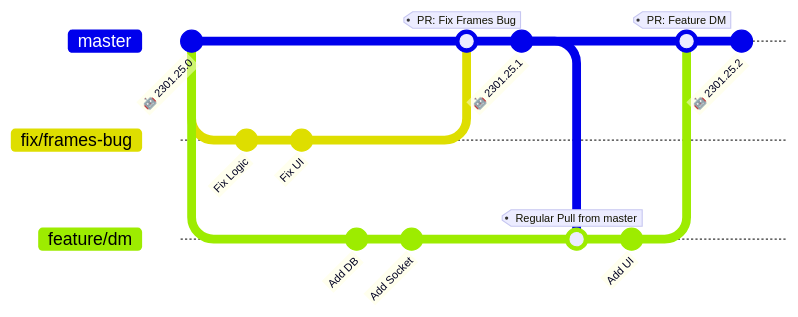
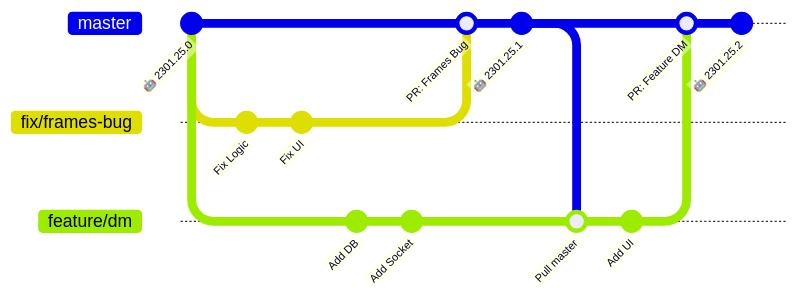
One commit to okmanideep/app-branching-strategy changed the first of 3 diagrams in README.md. Above: the diagram before and after it, drawn with Mermaid. The commit also changed other lines of this file, not shown here.

````diff
--- a/README.md
+++ b/README.md
@@ -18,22 +18,22 @@
 ```mermaid
 %%{init: { 'gitGraph': {'mainBranchName': 'master', 'showCommitLabel': true}} }%%
 
 gitGraph
 	commit id: "🤖 2301.25.0"
 	branch fix/frames-bug
 	commit id: "Fix Logic"
 	commit id: "Fix UI"
 	checkout master
 	branch feature/dm
 	commit id: "Add DB"
 	commit id: "Add Socket"
 	checkout master
-	merge fix/frames-bug tag: "PR: Fix Frames Bug"
+	merge fix/frames-bug id: "PR: Frames Bug"
 	commit id: "🤖 2301.25.1"
 	checkout feature/dm
-	merge master tag: "Regular Pull from master"
+	merge master id: "Pull master"
 	commit id: "Add UI"
 	checkout master
-	merge feature/dm tag: "PR: Feature DM"
+	merge feature/dm id: "PR: Feature DM"
 	commit id: "🤖 2301.25.2"
 ```
````
